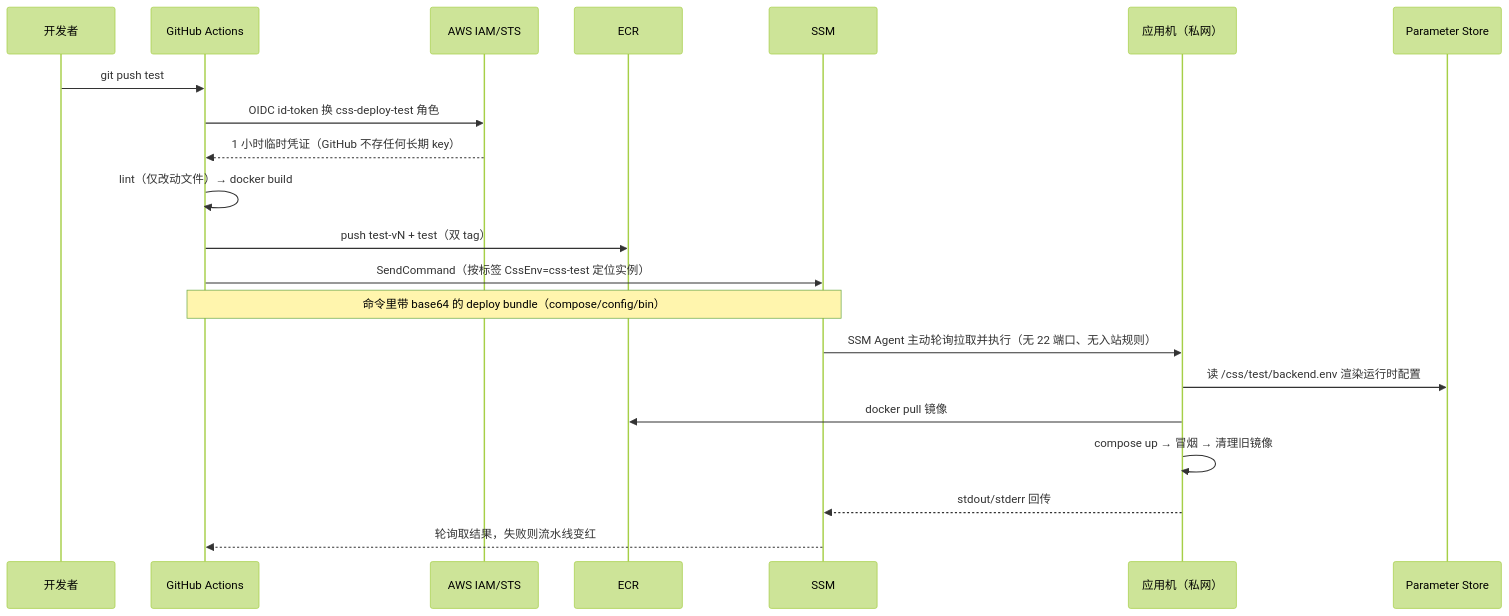
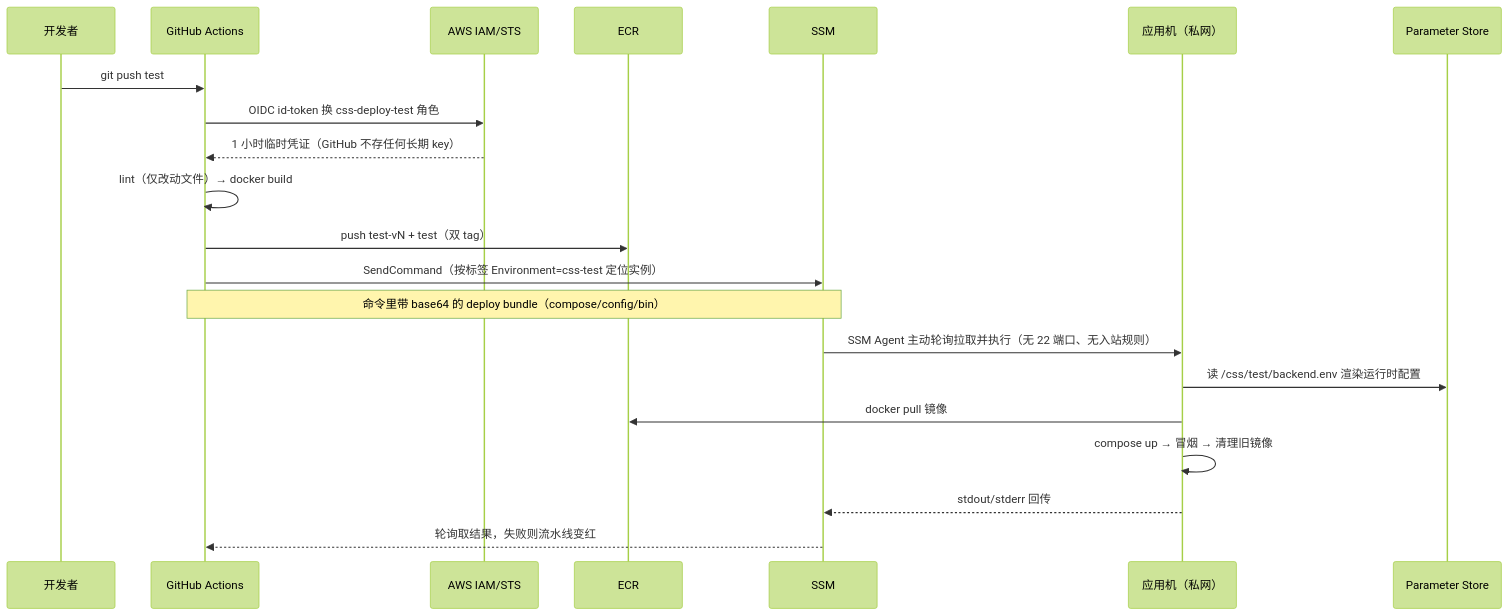
The third of 4 diagrams in docs/环境/架构图与服务清单.md (WenchaoChen1/CSS), drawn with Mermaid (forest theme) before and after one commit. The commit also changed other lines of this file and 16 other files, not shown here.

````diff
--- a/docs/环境/架构图与服务清单.md
+++ b/docs/环境/架构图与服务清单.md
@@ -154,24 +154,24 @@
 ```mermaid
 sequenceDiagram
     participant D as 开发者
     participant G as GitHub Actions
     participant I as AWS IAM/STS
     participant E as ECR
     participant S as SSM
     participant A as 应用机（私网）
     participant P as Parameter Store
 
     D->>G: git push test
     G->>I: OIDC id-token 换 css-deploy-test 角色
     I-->>G: 1 小时临时凭证（GitHub 不存任何长期 key）
     G->>G: lint（仅改动文件）→ docker build
     G->>E: push test-vN + test（双 tag）
-    G->>S: SendCommand（按标签 CssEnv=css-test 定位实例）
+    G->>S: SendCommand（按标签 Environment=css-test 定位实例）
     Note over G,S: 命令里带 base64 的 deploy bundle（compose/config/bin）
     S->>A: SSM Agent 主动轮询拉取并执行（无 22 端口、无入站规则）
     A->>P: 读 /css/test/backend.env 渲染运行时配置
     A->>E: docker pull 镜像
     A->>A: compose up → 冒烟 → 清理旧镜像
     A-->>S: stdout/stderr 回传
     S-->>G: 轮询取结果，失败则流水线变红
 ```
````
